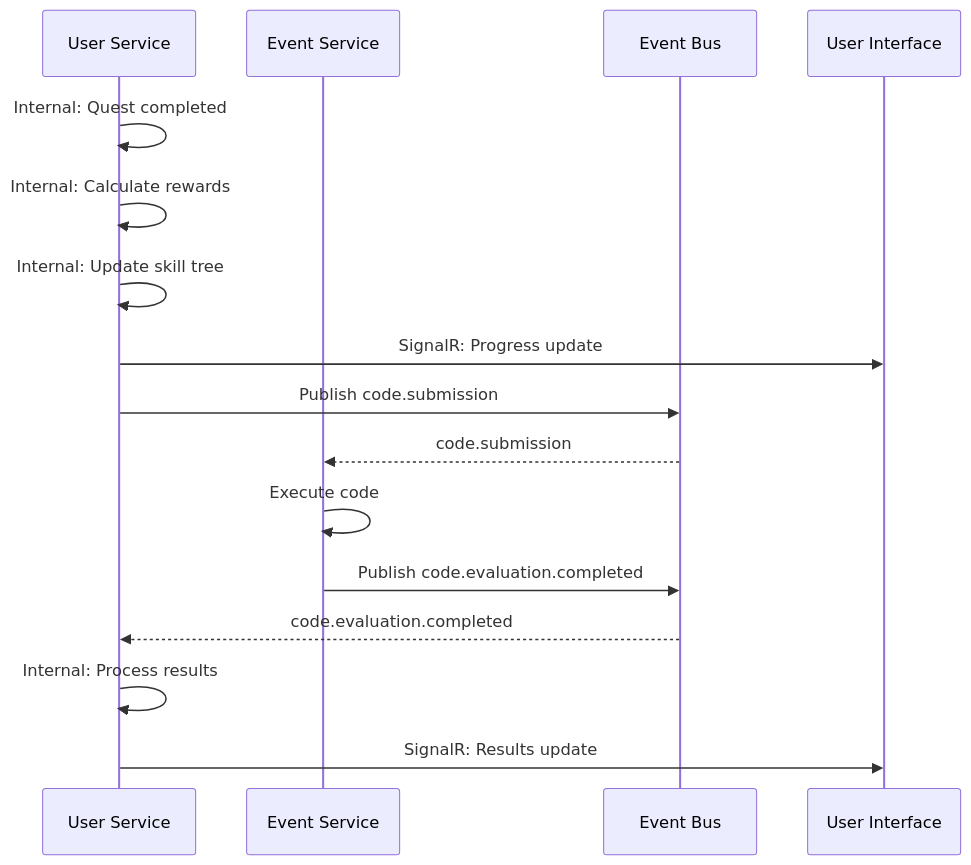
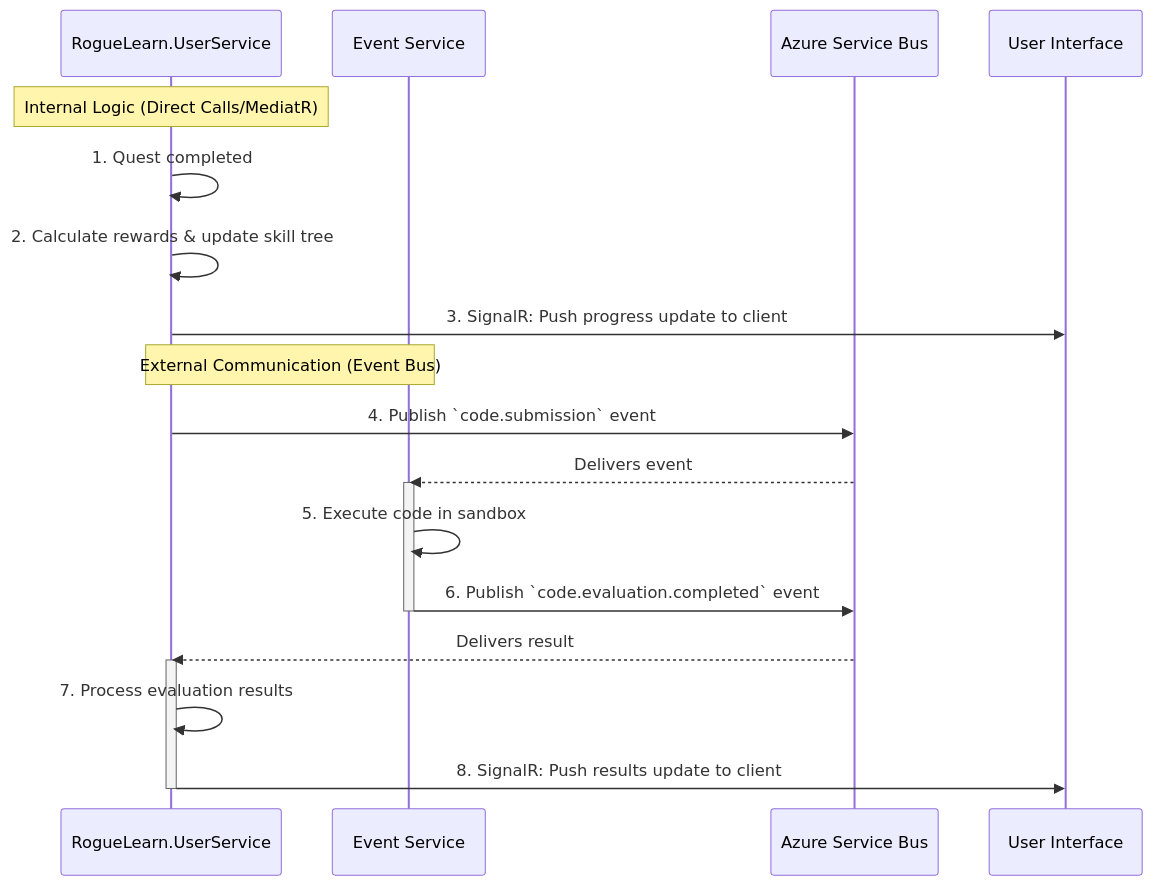
Before and after one commit to FA25SE050-RogueLearn/RogueLearn.BMAD.Documentation: the diagram in docs/fullstack-architecture/backend-architecture.md, drawn with Mermaid. The commit also changed other lines of this file and 8 other files, not shown here.

Commit message:
update: schemas to merge all social quest and user service into 1 single, RogueLearn.UserService

````diff
--- a/docs/fullstack-architecture/backend-architecture.md
+++ b/docs/fullstack-architecture/backend-architecture.md
@@ -248,20 +137,27 @@
 ```mermaid
 sequenceDiagram
-    participant U as User Service
-    participant E as Event Service
-    participant B as Event Bus
+    participant UserService as RogueLearn.UserService
+    participant EventService as Event Service
+    participant EventBus as Azure Service Bus
     participant UI as User Interface
 
-    U->>U: Internal: Quest completed
-    U->>U: Internal: Calculate rewards
-    U->>U: Internal: Update skill tree
-    U->>UI: SignalR: Progress update
+    Note over UserService: Internal Logic (Direct Calls/MediatR)
+    UserService->>UserService: 1. Quest completed
+    UserService->>UserService: 2. Calculate rewards & update skill tree
+    UserService->>UI: 3. SignalR: Push progress update to client
     
-    U->>B: Publish code.submission
-    B-->>E: code.submission
-    E->>E: Execute code
-    E->>B: Publish code.evaluation.completed
-    B-->>U: code.evaluation.completed
-    U->>U: Internal: Process results
-    U->>UI: SignalR: Results update
+    Note over UserService, EventService: External Communication (Event Bus)
+    UserService->>EventBus: 4. Publish `code.submission` event
+    EventBus-->>EventService: Delivers event
+    
+    activate EventService
+    EventService->>EventService: 5. Execute code in sandbox
+    EventService->>EventBus: 6. Publish `code.evaluation.completed` event
+    deactivate EventService
+    
+    EventBus-->>UserService: Delivers result
+    activate UserService
+    UserService->>UserService: 7. Process evaluation results
+    UserService->>UI: 8. SignalR: Push results update to client
+    deactivate UserService
 ```
````
